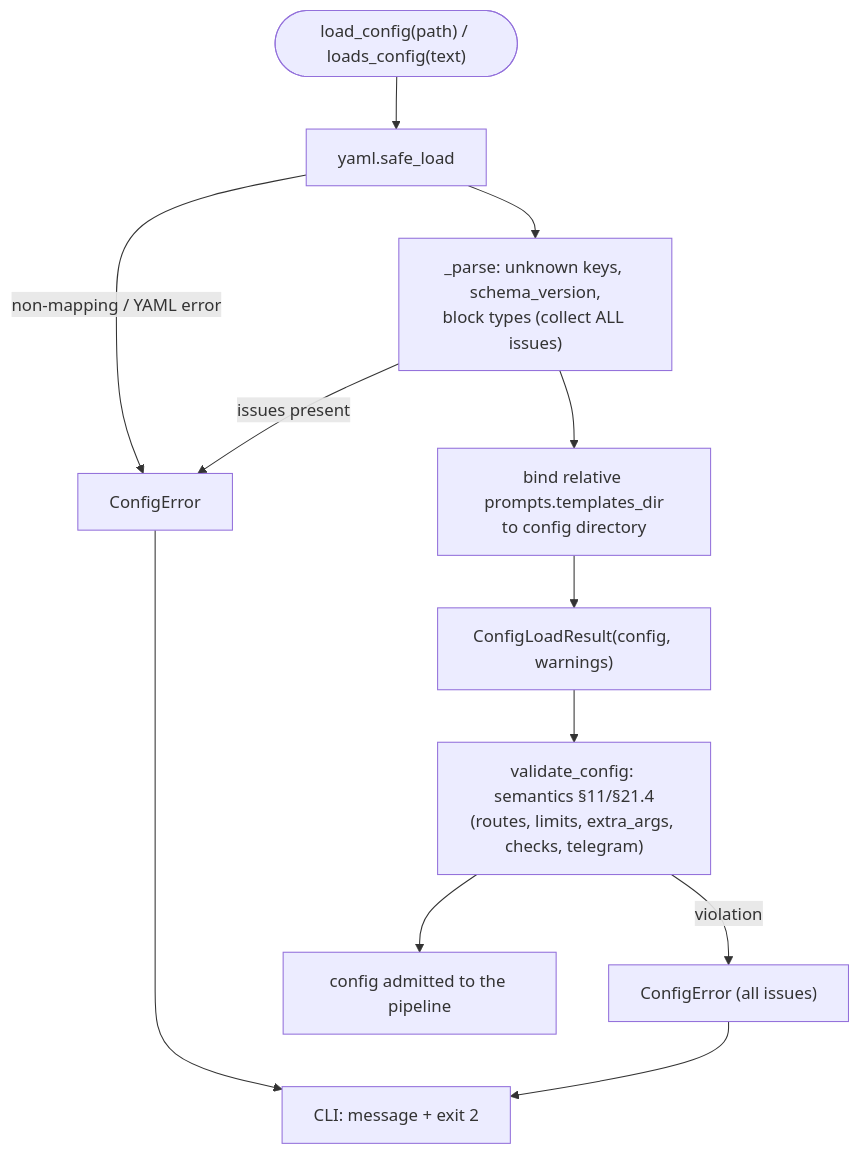
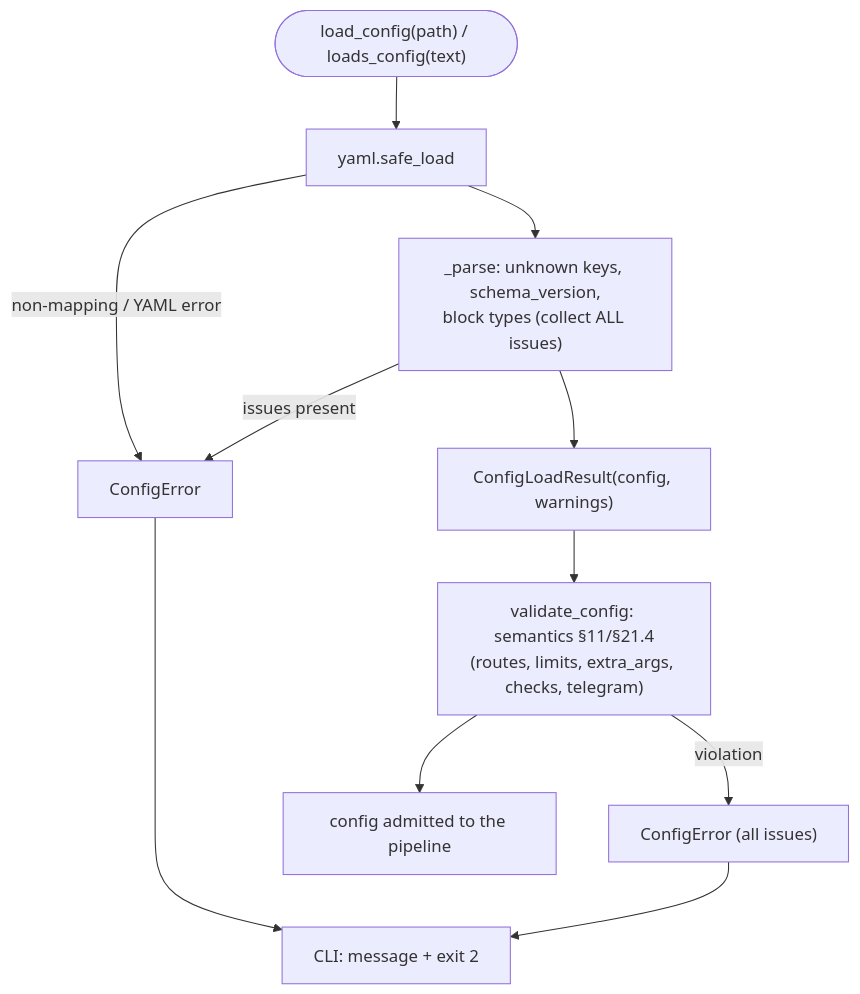
Before and after one commit to VladimirMakarevich/wastech-orchestrator: the diagram in docs/functional/blocks/B05-configuration.md, drawn with Mermaid. The commit also changed other lines of this file and 31 other files, not shown here.

````diff
--- a/docs/functional/blocks/B05-configuration.md
+++ b/docs/functional/blocks/B05-configuration.md
@@ -51,14 +50,13 @@
 ```mermaid
 flowchart TB
     start(["load_config(path) / loads_config(text)"]) --> y["yaml.safe_load"]
     y -->|"non-mapping / YAML error"| e1["ConfigError"]
     y --> parse["_parse: unknown keys, schema_version,<br/>block types (collect ALL issues)"]
     parse -->|"issues present"| e1
-    parse --> bind["bind relative prompts.templates_dir<br/>to config directory"]
-    bind --> res["ConfigLoadResult(config, warnings)"]
+    parse --> res["ConfigLoadResult(config, warnings)"]
     res --> val["validate_config: semantics §11/§21.4<br/>(routes, limits, extra_args, checks, telegram)"]
     val -->|violation| e2["ConfigError (all issues)"]
     val --> ok["config admitted to the pipeline"]
     e1 --> exit2["CLI: message + exit 2"]
     e2 --> exit2
 ```
````
